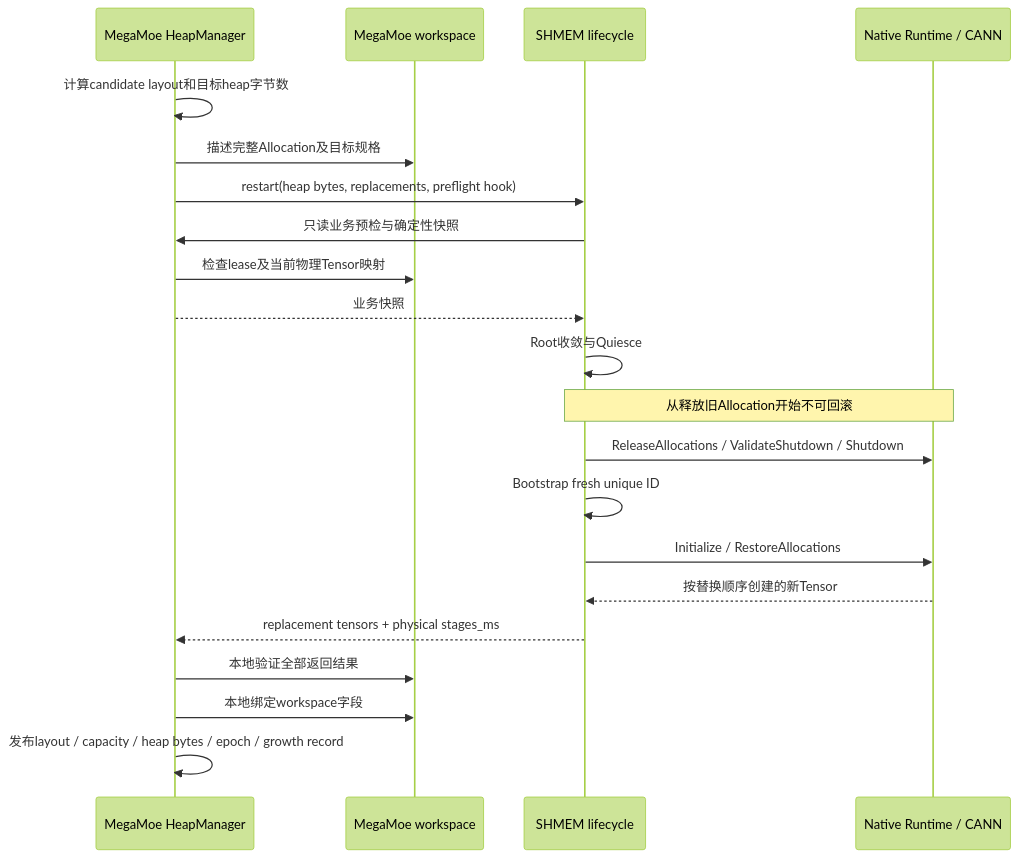
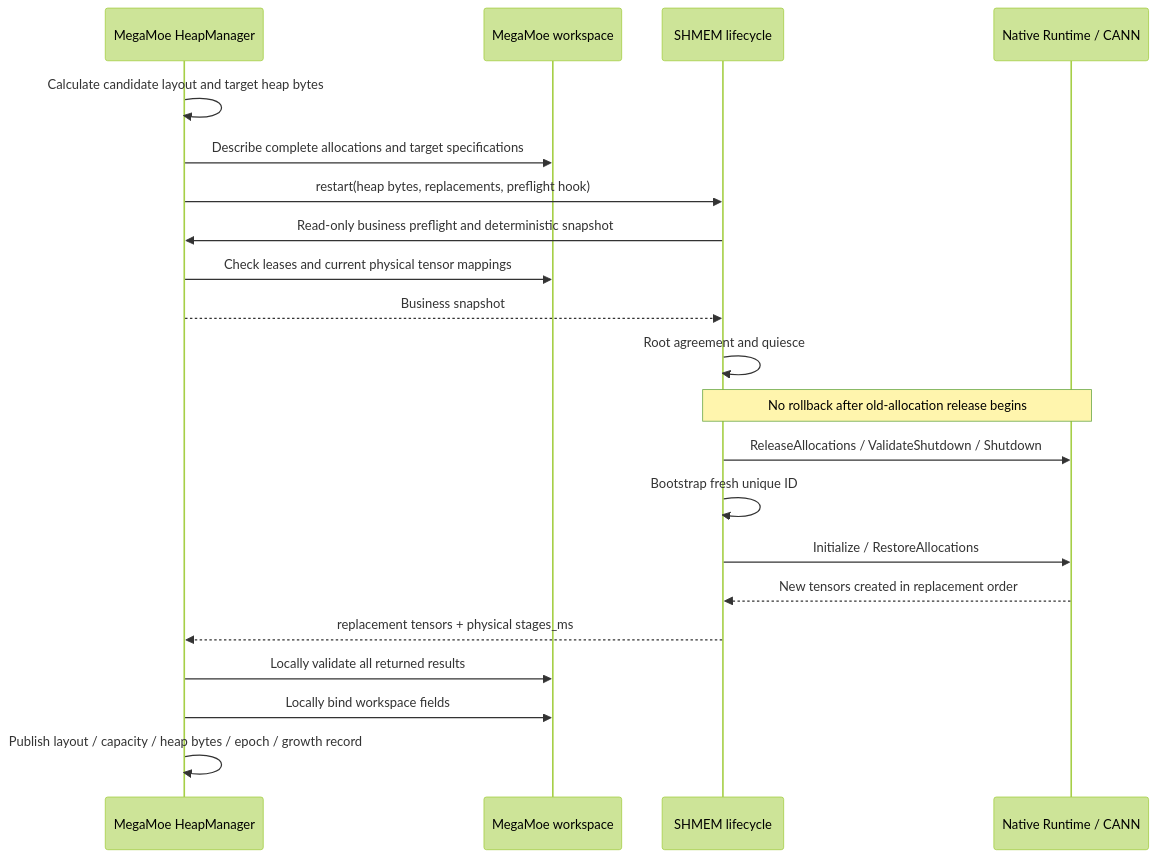
The second of 3 diagrams in hyper_parallel/core/multicore/docs/shmem.md (mindspore-ai/hyper-parallel), drawn with Mermaid (forest theme) before and after one commit. The commit also changed other lines of this file and 134 other files, not shown here.

````diff
--- a/hyper_parallel/core/multicore/docs/shmem.md
+++ b/hyper_parallel/core/multicore/docs/shmem.md
@@ -300,23 +303,23 @@
 ```mermaid
 sequenceDiagram
     participant M as MegaMoe HeapManager
     participant W as MegaMoe workspace
     participant S as SHMEM lifecycle
     participant N as Native Runtime / CANN
-    M->>M: 计算candidate layout和目标heap字节数
-    M->>W: 描述完整Allocation及目标规格
+    M->>M: Calculate candidate layout and target heap bytes
+    M->>W: Describe complete allocations and target specifications
     M->>S: restart(heap bytes, replacements, preflight hook)
-    S->>M: 只读业务预检与确定性快照
-    M->>W: 检查lease及当前物理Tensor映射
-    M-->>S: 业务快照
-    S->>S: Root收敛与Quiesce
-    Note over S,N: 从释放旧Allocation开始不可回滚
+    S->>M: Read-only business preflight and deterministic snapshot
+    M->>W: Check leases and current physical tensor mappings
+    M-->>S: Business snapshot
+    S->>S: Root agreement and quiesce
+    Note over S,N: No rollback after old-allocation release begins
     S->>N: ReleaseAllocations / ValidateShutdown / Shutdown
     S->>S: Bootstrap fresh unique ID
     S->>N: Initialize / RestoreAllocations
-    N-->>S: 按替换顺序创建的新Tensor
+    N-->>S: New tensors created in replacement order
     S-->>M: replacement tensors + physical stages_ms
-    M->>W: 本地验证全部返回结果
-    M->>W: 本地绑定workspace字段
-    M->>M: 发布layout / capacity / heap bytes / epoch / growth record
+    M->>W: Locally validate all returned results
+    M->>W: Locally bind workspace fields
+    M->>M: Publish layout / capacity / heap bytes / epoch / growth record
 ```
````
